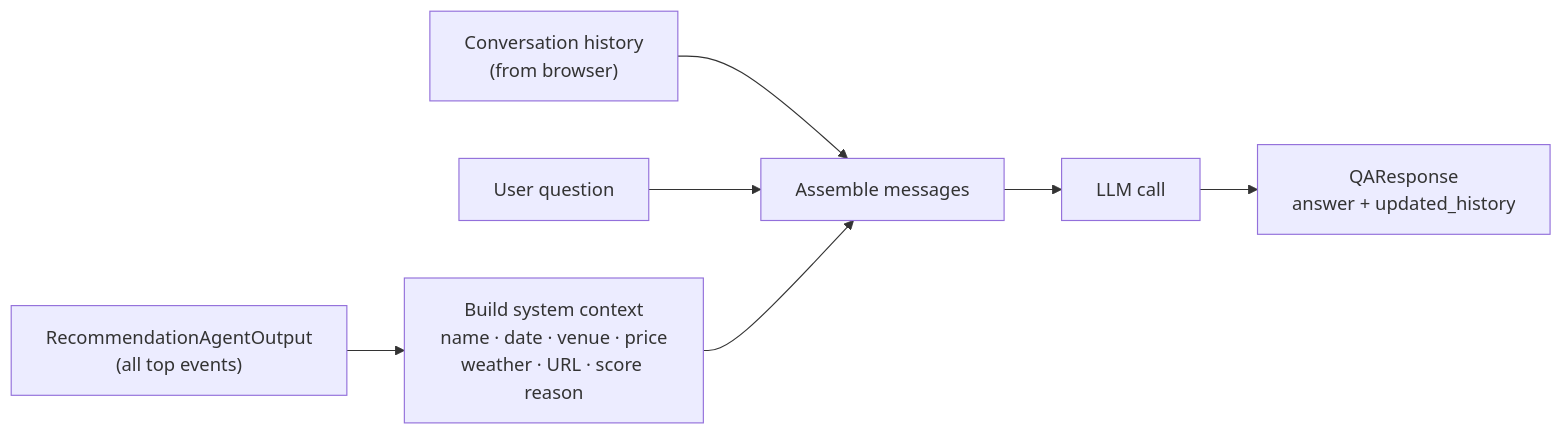
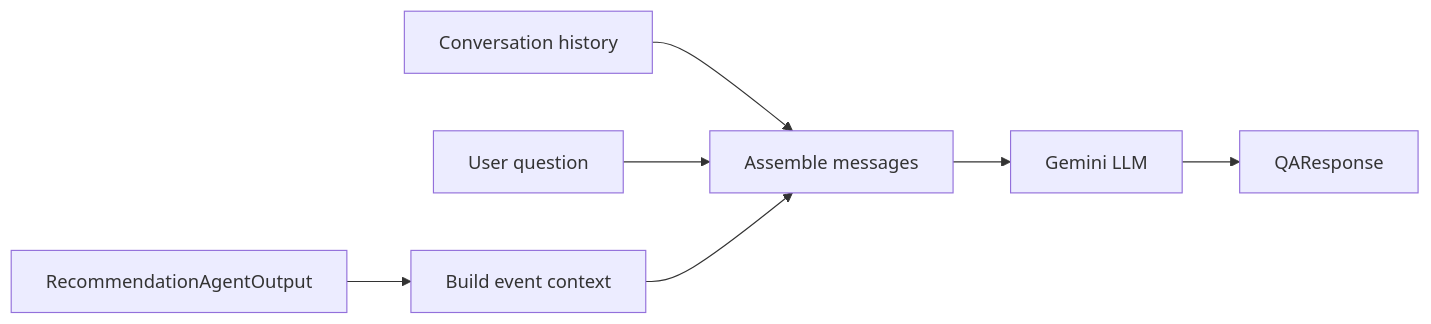
One commit to ritwiksharan/event-recommendor changed the seventh of 9 diagrams in README.md. Above: the diagram before and after it, drawn with Mermaid. The commit also changed other lines of this file, not shown here.

First line of the commit message:
Fix mermaid diagrams: remove \n from labels, simplify sequence diagram

````diff
--- a/README.md
+++ b/README.md
@@ -455,9 +443,9 @@
 ```mermaid
 flowchart LR
-    recs["RecommendationAgentOutput\n(all top events)"] --> ctx["Build system context\nname · date · venue · price\nweather · URL · score reason"]
-    hist["Conversation history\n(from browser)"] --> msgs[Assemble messages]
+    recs[RecommendationAgentOutput] --> ctx[Build event context]
+    hist[Conversation history] --> msgs[Assemble messages]
     q[User question] --> msgs
     ctx --> msgs
-    msgs --> llm[LLM call]
-    llm --> out["QAResponse\nanswer + updated_history"]
+    msgs --> llm[Gemini LLM]
+    llm --> out[QAResponse]
 ```
````
